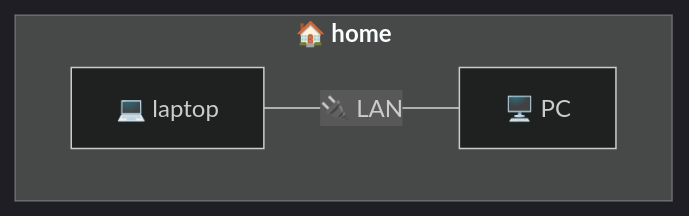
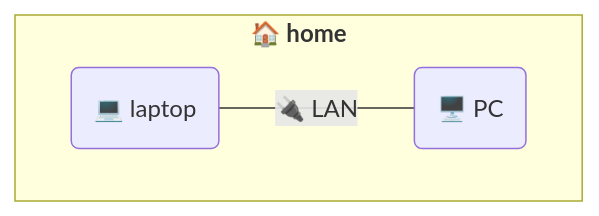
Before and after one commit to sayjeyhi/talks: the fourth of 13 diagrams in presentations/oh-my-harness/slides.md, drawn with Mermaid. The commit also changed other lines of this file and 16 other files, not shown here.

````diff
--- a/presentations/oh-my-harness/slides.md
+++ b/presentations/oh-my-harness/slides.md
@@ -1440,8 +1332,7 @@
 ```mermaid
-%%{init: {"theme": "dark"}}%%
 flowchart LR
     subgraph home["<b>🏠 home</b>"]
         direction LR
-        laptop["💻 laptop"] ---|🔌 LAN| pc["🖥️ PC"]
+        laptop("💻 laptop") ---|🔌 LAN| pc("🖥️ PC")
     end
 ```
````
